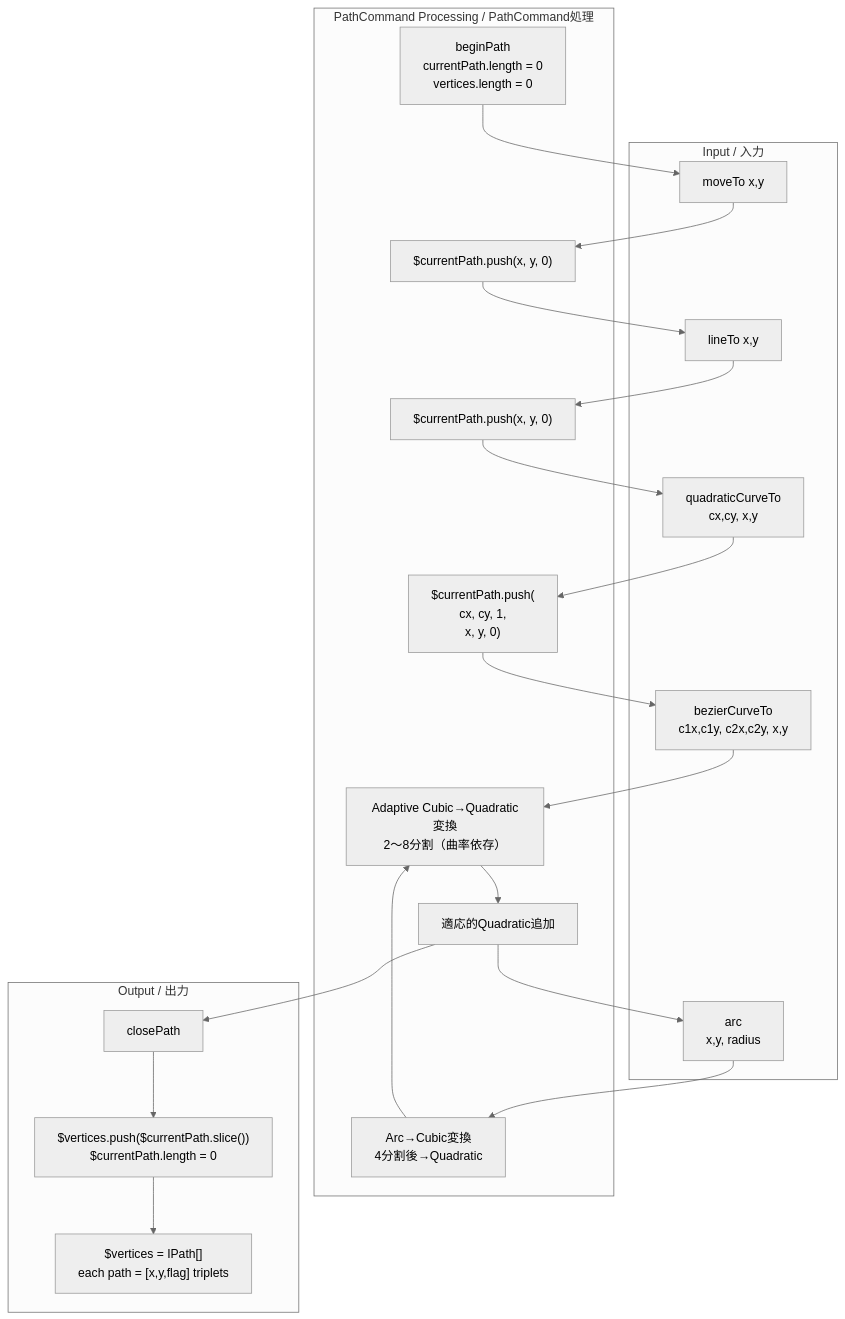
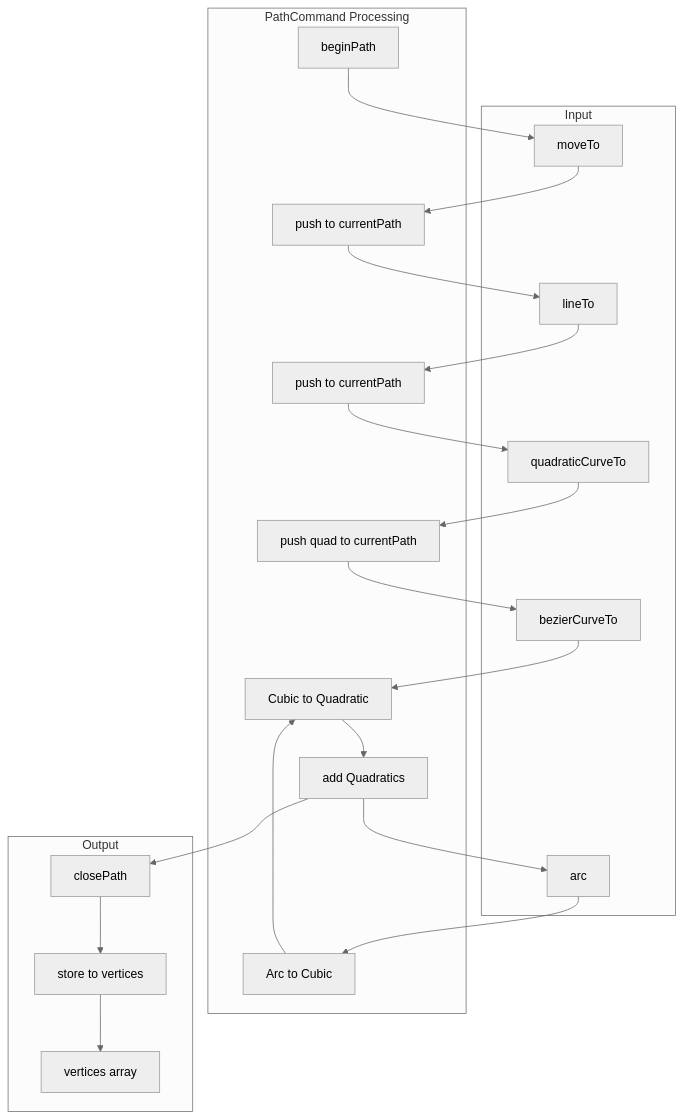
The sixth of 37 diagrams in packages/webgl/RENDERING_FLOW.md (Next2D/player), drawn with Mermaid (neutral theme) before and after one commit. The commit also changed other lines of this file, not shown here.

````diff
--- a/packages/webgl/RENDERING_FLOW.md
+++ b/packages/webgl/RENDERING_FLOW.md
@@ -300,42 +307,42 @@
 ```mermaid
 flowchart TB
-    subgraph Input["Input / 入力"]
-        MOVE[moveTo x,y]
-        LINE[lineTo x,y]
-        QUAD[quadraticCurveTo<br/>cx,cy, x,y]
-        CUBIC[bezierCurveTo<br/>c1x,c1y, c2x,c2y, x,y]
-        ARC[arc<br/>x,y, radius]
+    subgraph Input["Input"]
+        MOVE[moveTo]
+        LINE[lineTo]
+        QUAD[quadraticCurveTo]
+        CUBIC[bezierCurveTo]
+        ARC[arc]
     end
 
-    subgraph Process["PathCommand Processing / PathCommand処理"]
-        BEGIN[beginPath<br/>currentPath.length = 0<br/>vertices.length = 0]
-        ADD_MOVE["$currentPath.push(x, y, 0)"]
-        ADD_LINE["$currentPath.push(x, y, 0)"]
-        ADD_QUAD["$currentPath.push(<br/>cx, cy, 1,<br/>x, y, 0)"]
-        CONVERT_CUBIC[Adaptive Cubic→Quadratic変換<br/>2〜8分割（曲率依存）]
-        ADD_QUADS["適応的Quadratic追加"]
-        CONVERT_ARC[Arc→Cubic変換<br/>4分割後→Quadratic]
+    subgraph Process["PathCommand Processing"]
+        BEGIN[beginPath]
+        ADD_MOVE[push to currentPath]
+        ADD_LINE[push to currentPath]
+        ADD_QUAD[push quad to currentPath]
+        CONVERT_CUBIC[Cubic to Quadratic]
+        ADD_QUADS[add Quadratics]
+        CONVERT_ARC[Arc to Cubic]
     end
 
-    subgraph Output["Output / 出力"]
+    subgraph Output["Output"]
         CLOSE[closePath]
-        STORE["$vertices.push($currentPath.slice())<br/>$currentPath.length = 0"]
-        RESULT["$vertices = IPath[]<br/>each path = [x,y,flag] triplets"]
+        STORE[store to vertices]
+        RESULT[vertices array]
     end
 
     BEGIN --> MOVE
     MOVE --> ADD_MOVE
     ADD_MOVE --> LINE
     LINE --> ADD_LINE
     ADD_LINE --> QUAD
     QUAD --> ADD_QUAD
     ADD_QUAD --> CUBIC
     CUBIC --> CONVERT_CUBIC
     CONVERT_CUBIC --> ADD_QUADS
     ADD_QUADS --> ARC
     ARC --> CONVERT_ARC
     CONVERT_ARC --> CONVERT_CUBIC
     ADD_QUADS --> CLOSE
     CLOSE --> STORE
     STORE --> RESULT
 ```
````
